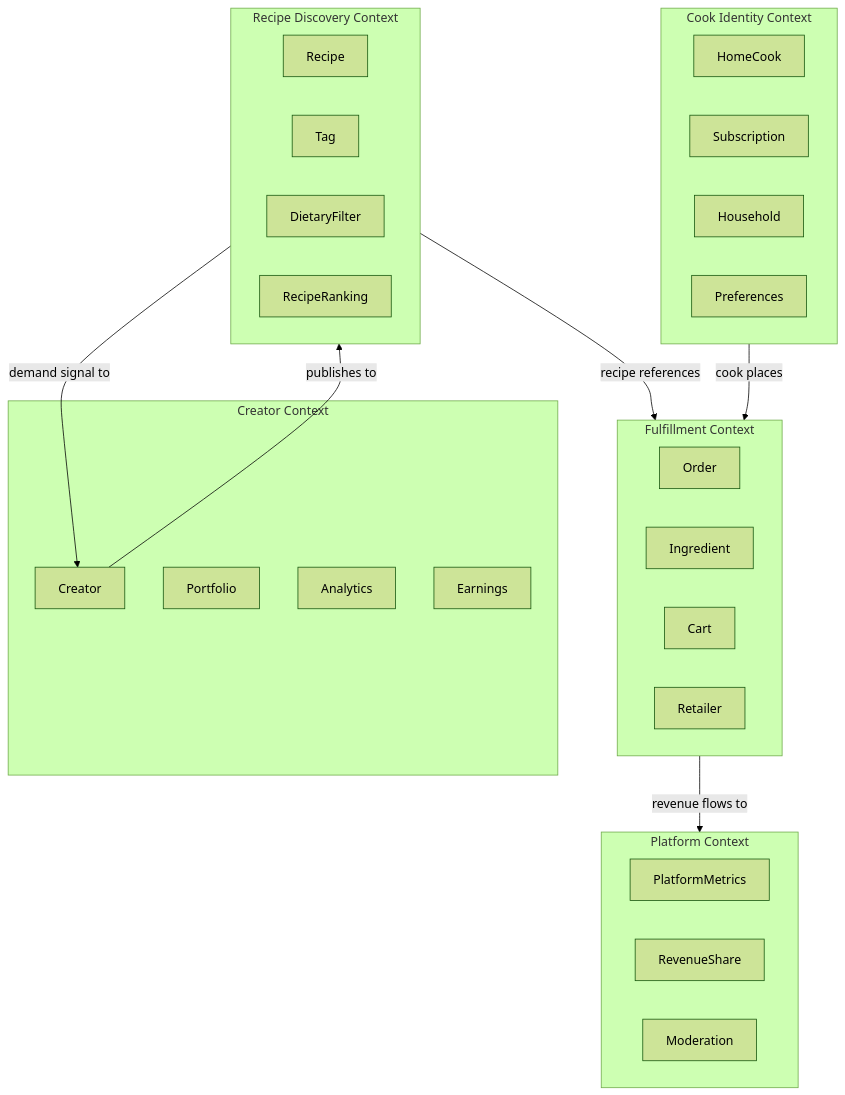
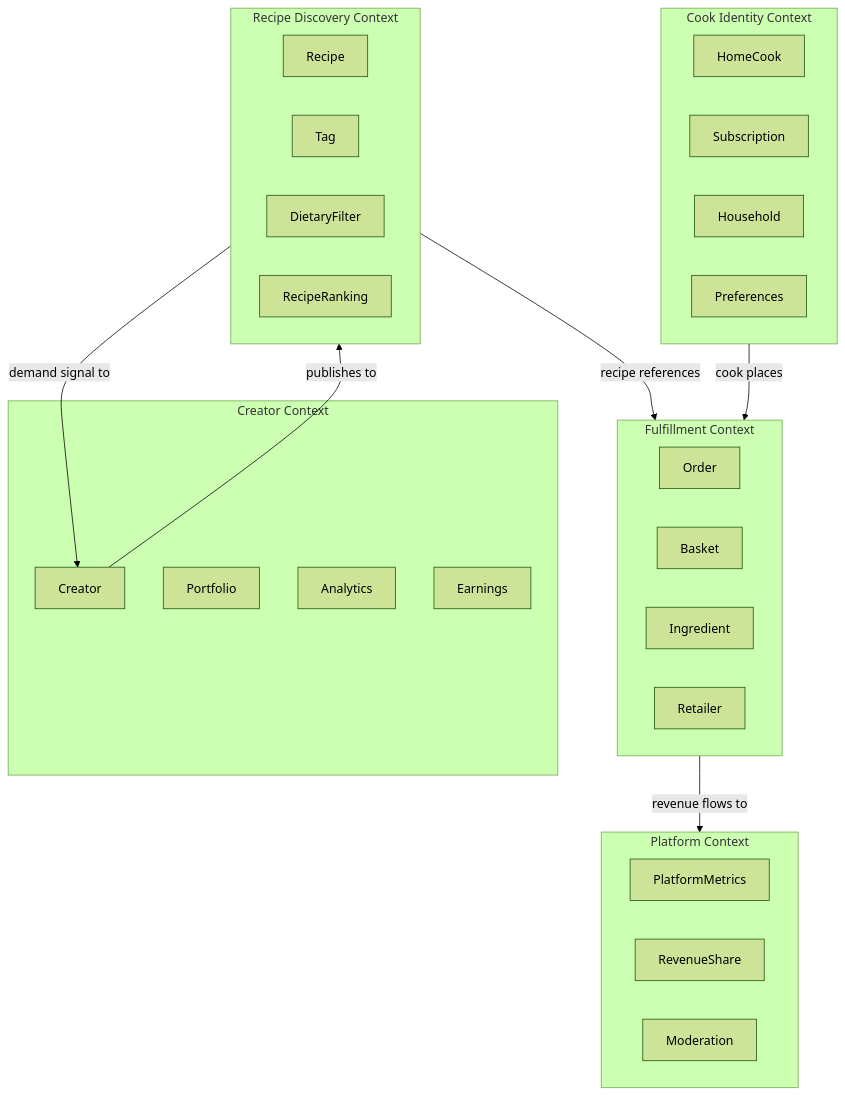
One commit to adammarquette/RecipeIQ changed the first of 2 diagrams in .docs/domain-model.md. Above: the diagram before and after it, drawn with Mermaid (forest theme). The commit also changed other lines of this file and 83 other files, not shown here.

````diff
--- a/.docs/domain-model.md
+++ b/.docs/domain-model.md
@@ -5,42 +5,42 @@
 ```mermaid
 graph TB
     subgraph Discovery["Recipe Discovery Context"]
         Recipe
         Tag
         DietaryFilter
         RecipeRanking
     end
 
     subgraph Identity["Cook Identity Context"]
         HomeCook
         Subscription
         Household
         Preferences
     end
 
     subgraph CreatorCtx["Creator Context"]
         Creator
         Portfolio
         Analytics
         Earnings
     end
 
     subgraph Fulfillment["Fulfillment Context"]
         Order
+        Basket
         Ingredient
-        Cart
         Retailer
     end
 
     subgraph Platform["Platform Context"]
         PlatformMetrics
         RevenueShare
         Moderation
     end
 
     Discovery -->|recipe references| Fulfillment
     Identity -->|cook places| Fulfillment
     Creator -->|publishes to| Discovery
     Fulfillment -->|revenue flows to| Platform
     Discovery -->|demand signal to| Creator
 ```
````
